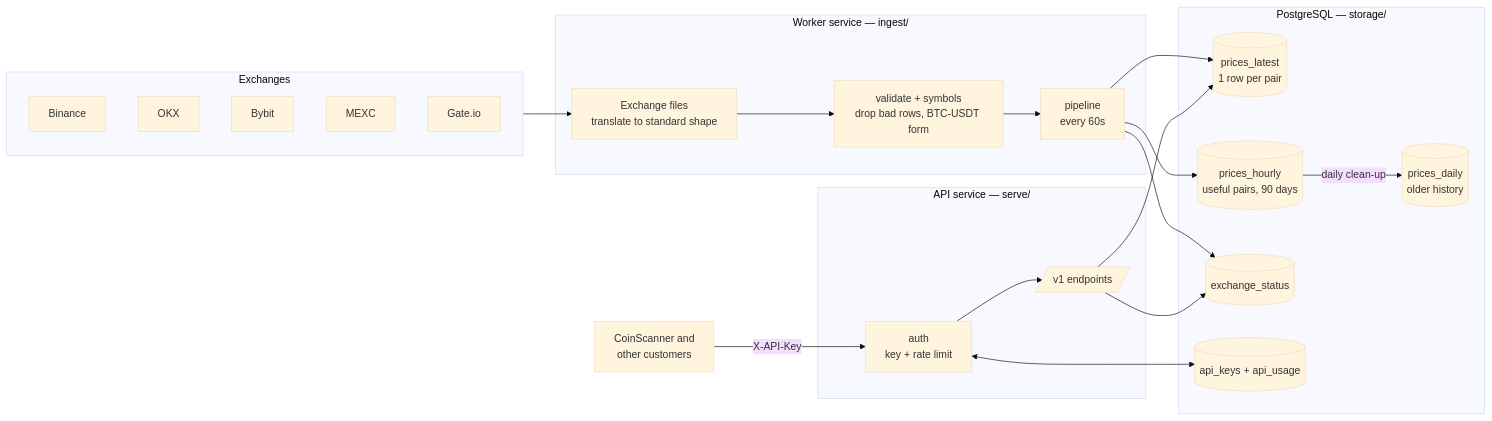
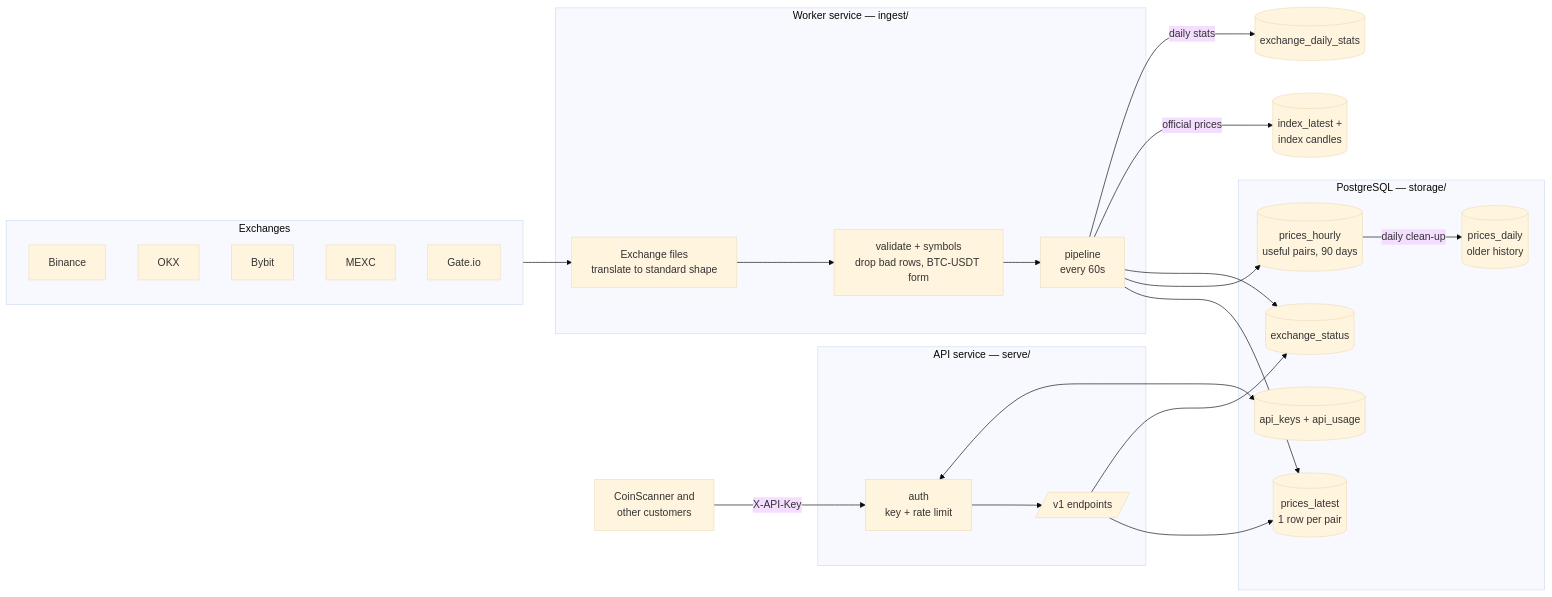
The diagram in docs/ARCHITECTURE.md (coinscanner6-byte/scanbase), drawn with Mermaid (base theme) before and after one commit. The commit also changed other lines of this file and 23 other files, not shown here.

Commit message:
Batch 1: official prices, candles, quality ratings, breakage alerts, full price precision

````diff
--- a/docs/ARCHITECTURE.md
+++ b/docs/ARCHITECTURE.md
@@ -5,32 +5,34 @@
 ```mermaid
 flowchart LR
     subgraph EX[Exchanges]
         B[Binance]; O[OKX]; Y[Bybit]; M[MEXC]; G[Gate.io]
     end
 
     subgraph W[Worker service — ingest/]
         C[Exchange files<br/>translate to standard shape]
         V[validate + symbols<br/>drop bad rows, BTC-USDT form]
         P[pipeline<br/>every 60s]
     end
 
     subgraph DB[PostgreSQL — storage/]
         L[(prices_latest<br/>1 row per pair)]
         H[(prices_hourly<br/>useful pairs, 90 days)]
         D[(prices_daily<br/>older history)]
         S[(exchange_status)]
         K[(api_keys + api_usage)]
     end
 
     subgraph A[API service — serve/]
         AU[auth<br/>key + rate limit]
         E[/v1 endpoints/]
     end
 
     EX --> C --> V --> P
     P --> L & H & S
+    P -->|official prices| IX[(index_latest +<br/>index candles)]
+    P -->|daily stats| Q[(exchange_daily_stats)]
     H -->|daily clean-up| D
     CL[CoinScanner and<br/>other customers] -->|X-API-Key| AU --> E
     AU <--> K
     E --> L & S
 ```
````
